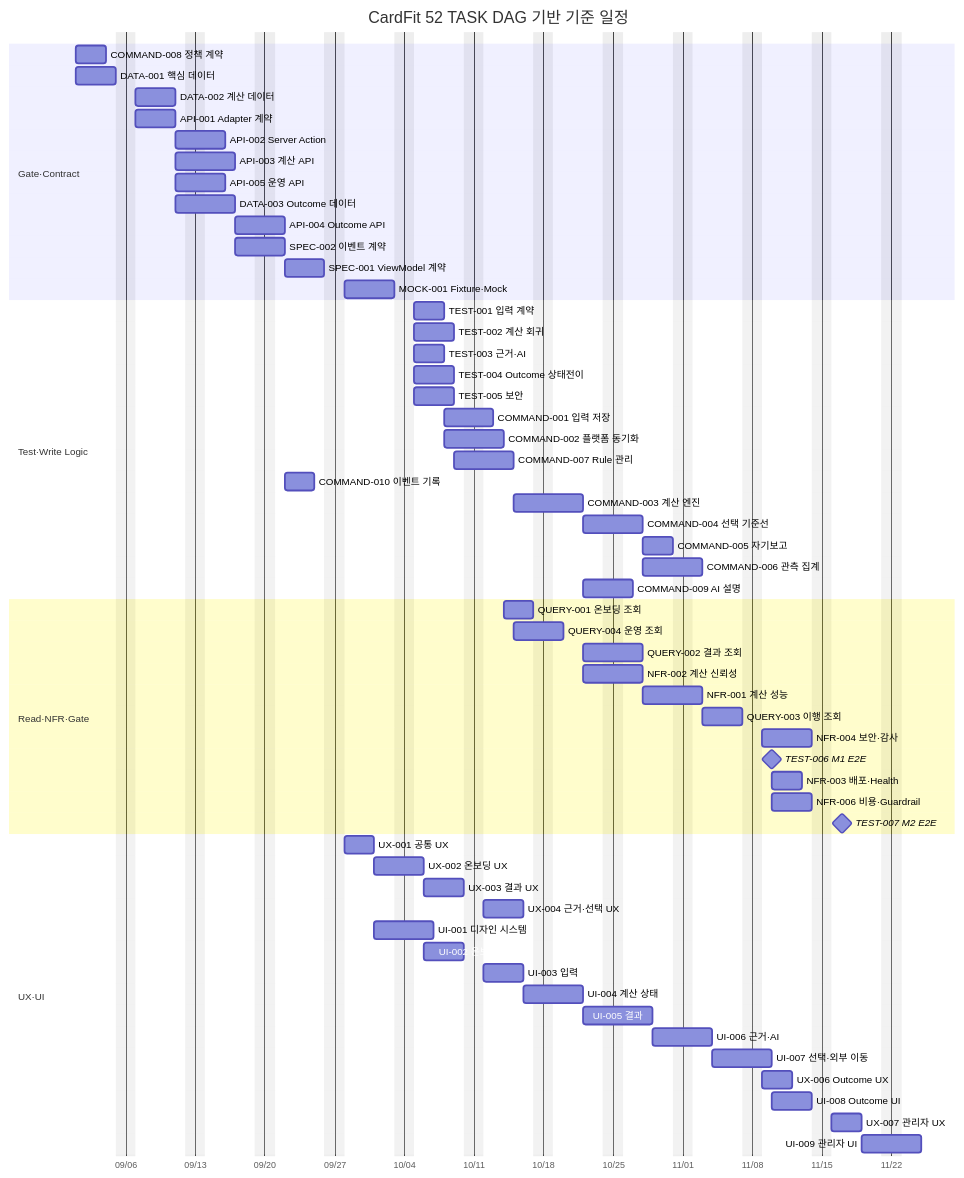
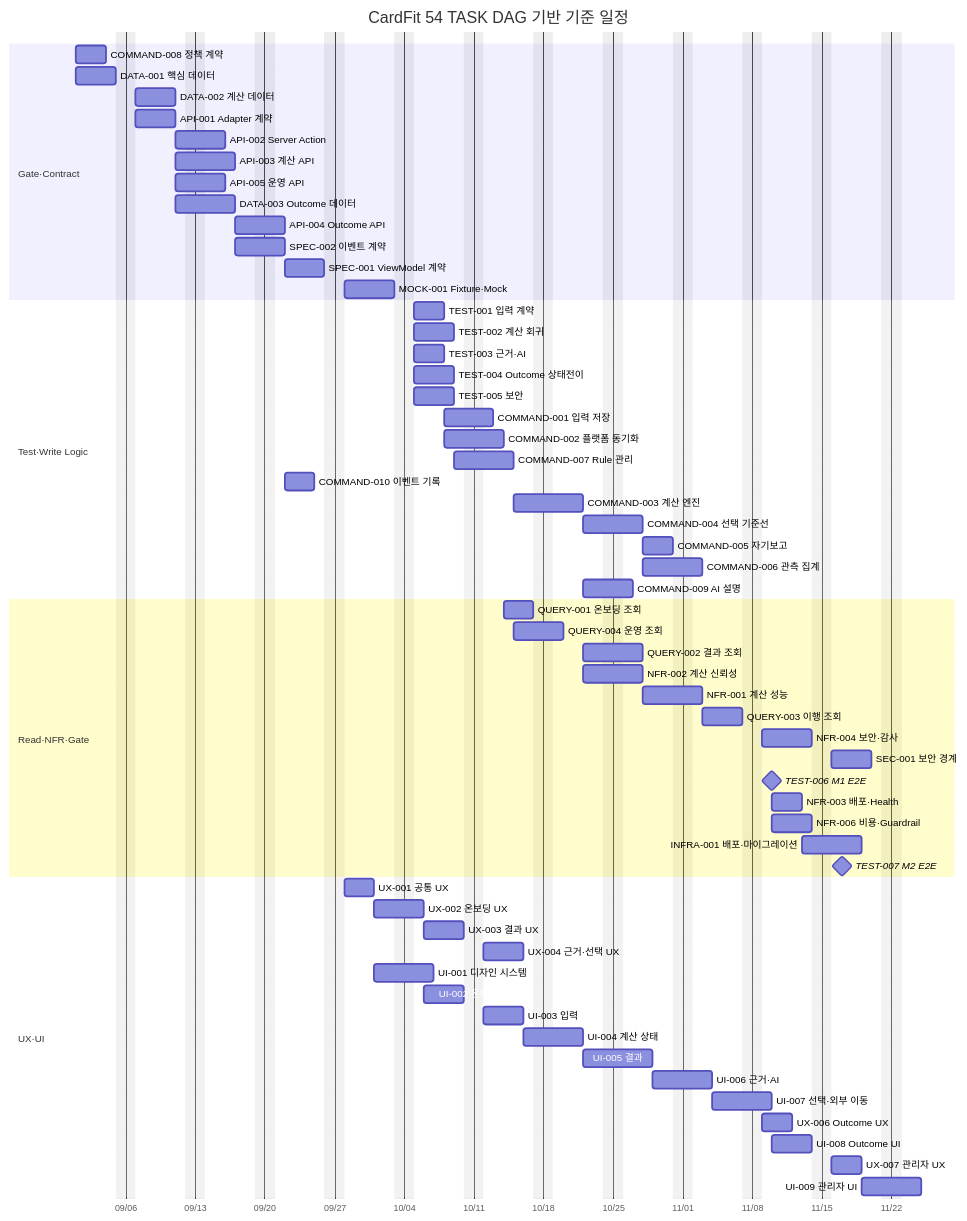
The second of 2 diagrams in TASK/task1/02_전체_TASK_실행전략_및_의존성.md (jennie-brain/CardFit-prd-to-srs), drawn with Mermaid before and after one commit. The commit also changed other lines of this file and 6 other files, not shown here.

First line of the commit message:
docs: unify TASK baseline to 54 and sync gantt/wave with INFRA-001, SEC-001

````diff
--- a/TASK/task1/02_전체_TASK_실행전략_및_의존성.md
+++ b/TASK/task1/02_전체_TASK_실행전략_및_의존성.md
@@ -166,67 +178,69 @@
 ```mermaid
 gantt
-  title CardFit 52 TASK DAG 기반 기준 일정
+  title CardFit 54 TASK DAG 기반 기준 일정
   dateFormat  YYYY-MM-DD
   axisFormat  %m/%d
   excludes    weekends
 
   section Gate·Contract
   COMMAND-008 정책 계약          :c008, 2026-09-01, 3d
   DATA-001 핵심 데이터            :d001, 2026-09-01, 4d
   DATA-002 계산 데이터            :d002, after d001, 4d
   API-001 Adapter 계약            :a001, after d001, 4d
   API-002 Server Action           :a002, after d002, 3d
   API-003 계산 API                :a003, after a001, 4d
   API-005 운영 API                :a005, after a001, 3d
   DATA-003 Outcome 데이터         :d003, after d002, 4d
   API-004 Outcome API             :a004, after d003, 3d
   SPEC-002 이벤트 계약            :s002, after d003, 3d
   SPEC-001 ViewModel 계약         :s001, after a004, 4d
   MOCK-001 Fixture·Mock           :m001, after s001, 5d
 
   section Test·Write Logic
   TEST-001 입력 계약              :t001, after m001, 3d
   TEST-002 계산 회귀              :t002, after m001, 4d
   TEST-003 근거·AI                :t003, after m001, 3d
   TEST-004 Outcome 상태전이       :t004, after m001, 4d
   TEST-005 보안                   :t005, after m001, 4d
   COMMAND-001 입력 저장           :c001, after t001, 3d
   COMMAND-002 플랫폼 동기화       :c002, after t001, 4d
   COMMAND-007 Rule 관리           :c007, after t002, 4d
   COMMAND-010 이벤트 기록         :c010, after s002, 3d
   COMMAND-003 계산 엔진           :c003, after c007, 5d
   COMMAND-004 선택 기준선         :c004, after c003, 4d
   COMMAND-005 자기보고            :c005, after c004, 3d
   COMMAND-006 관측 집계            :c006, after c004, 4d
   COMMAND-009 AI 설명             :c009, after c003, 3d
 
   section Read·NFR·Gate
   QUERY-001 온보딩 조회            :q001, after c002, 3d
   QUERY-004 운영 조회              :q004, after c007, 3d
   QUERY-002 결과 조회              :q002, after c003, 4d
   NFR-002 계산 신뢰성             :n002, after c003, 4d
   NFR-001 계산 성능               :n001, after q002, 4d
   QUERY-003 이행 조회              :q003, after c006, 4d
   NFR-004 보안·감사               :n004, after q003, 5d
+  SEC-001 보안 경계                :sec1, after n004, 4d
   TEST-006 M1 E2E                 :milestone, t006, 2026-11-10, 0d
   NFR-003 배포·Health             :n003, after t006, 3d
   NFR-006 비용·Guardrail          :n006, after t006, 4d
+  INFRA-001 배포·마이그레이션      :infra1, after n003, 4d
   TEST-007 M2 E2E                 :milestone, t007, 2026-11-17, 0d
 
   section UX·UI
   UX-001 공통 UX                  :u001, after s001, 3d
   UX-002 온보딩 UX               :u002, after u001, 3d
   UX-003 결과 UX                 :u003, after u002, 4d
   UX-004 근거·선택 UX            :u004, after u003, 4d
   UI-001 디자인 시스템            :i001, after u001, 4d
-  UI-002 온보딩                  :i002, 2026-10-06, 4d
+  UI-002 온보딩                  :i002, after u002, 4d
   UI-003 입력                    :i003, after i002, 4d
   UI-004 계산 상태               :i004, after i003, 4d
   UI-005 결과                    :i005, after i004, 5d
   UI-006 근거·AI                 :i006, after i005, 4d
   UI-007 선택·외부 이동           :i007, after i006, 4d
   UX-006 Outcome UX             :u006, after q003, 3d
   UI-008 Outcome UI             :i008, after i007, 4d
   UX-007 관리자 UX               :u007, after n006, 3d
   UI-009 관리자 UI               :i009, after u007, 4d
 ```
````
